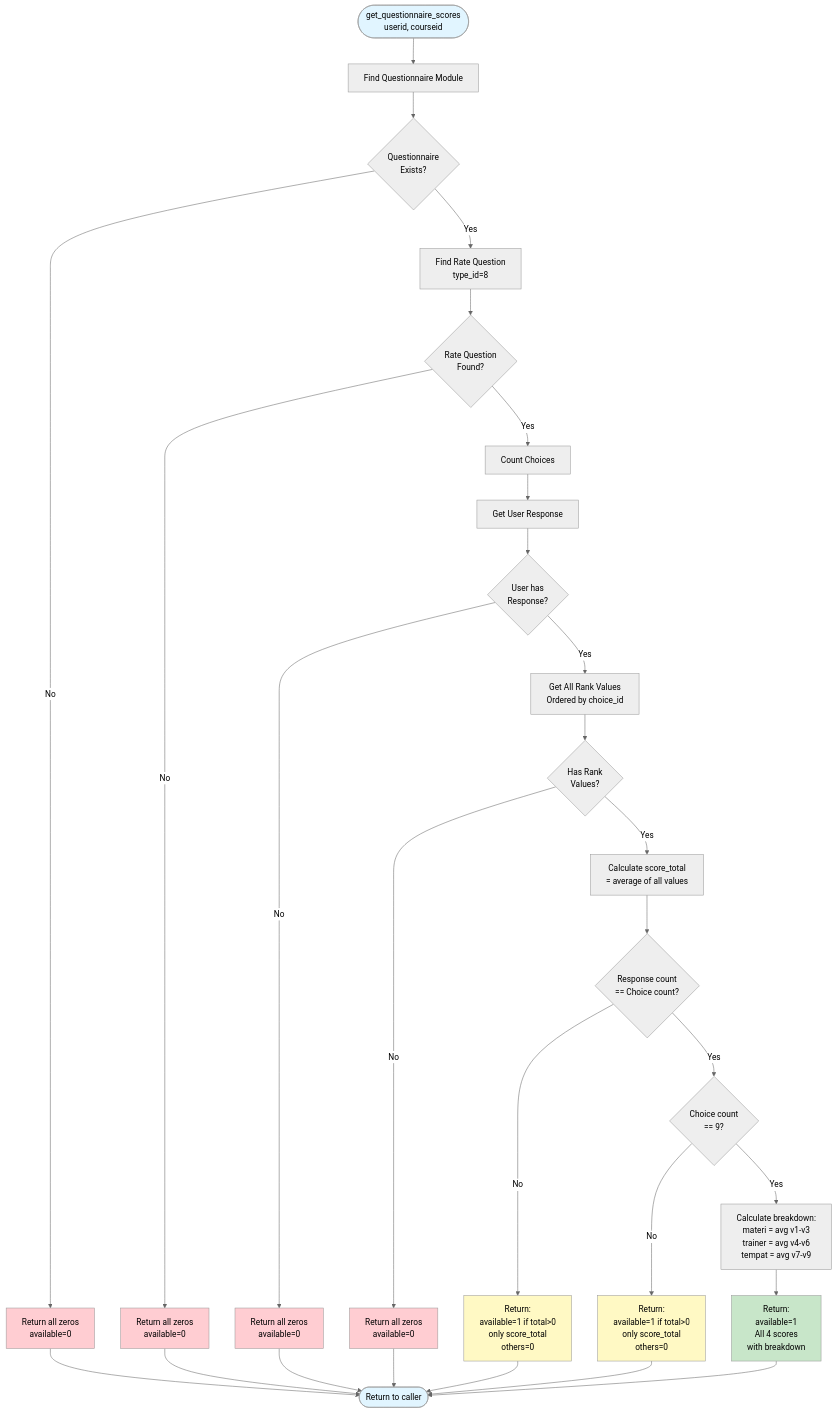
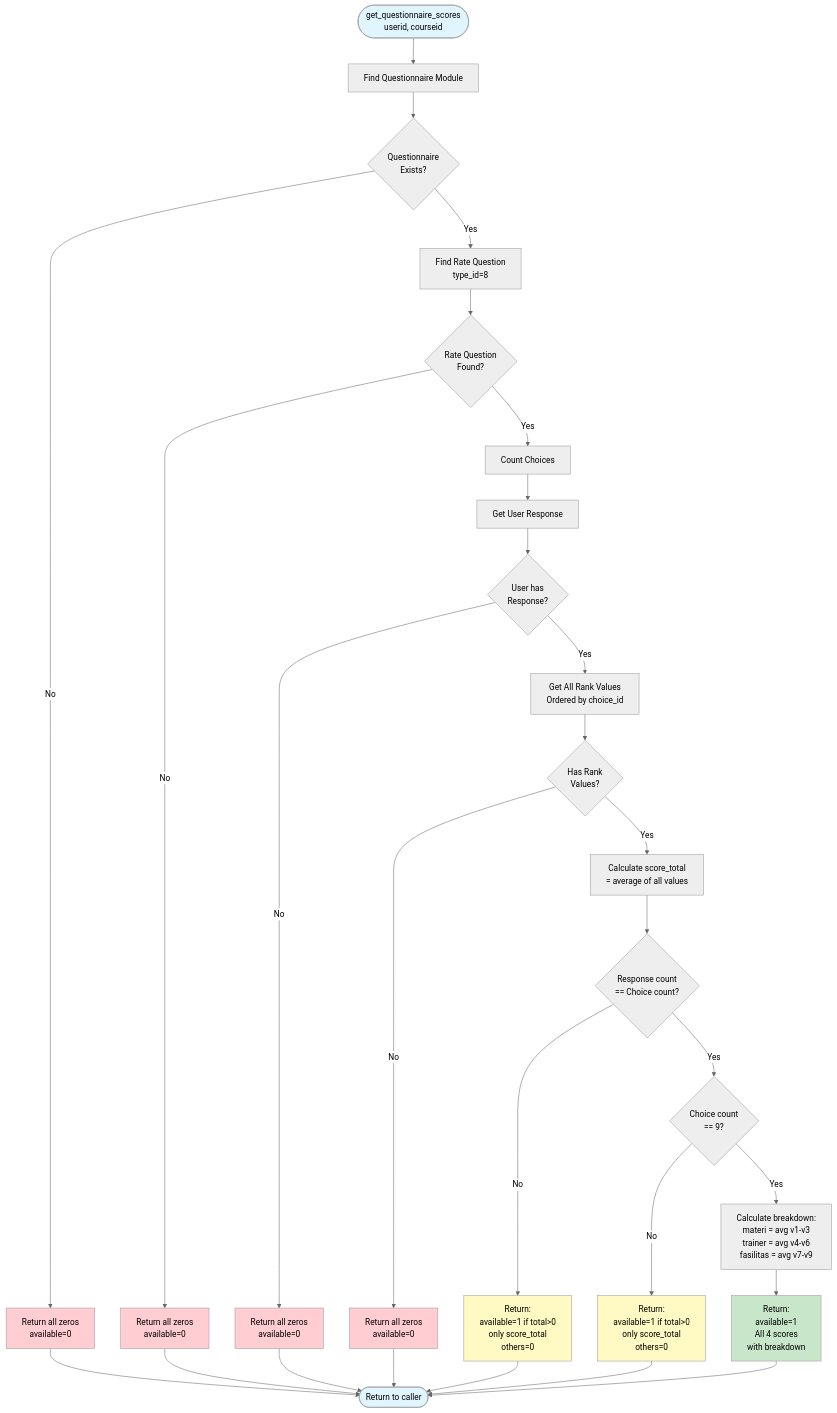
The tenth of 21 diagrams in DIAGRAMS.md (toosa/moodle-hrms), drawn with Mermaid (neutral theme) before and after one commit. The commit also changed other lines of this file and 1 other file, not shown here.

First line of the commit message:
Refactor and expand sequence diagrams in DIAGRAMS.md

````diff
--- a/DIAGRAMS.md
+++ b/DIAGRAMS.md
@@ -468,50 +475,50 @@
 ```mermaid
 flowchart TD
     Start([get_questionnaire_scores<br/>userid, courseid]) --> FindQ[Find Questionnaire Module]
     
     FindQ --> HasQ{Questionnaire<br/>Exists?}
     HasQ -->|No| ReturnZero1[Return all zeros<br/>available=0]
     HasQ -->|Yes| FindRate[Find Rate Question<br/>type_id=8]
     
     FindRate --> HasRate{Rate Question<br/>Found?}
     HasRate -->|No| ReturnZero2[Return all zeros<br/>available=0]
     HasRate -->|Yes| CountChoice[Count Choices]
     
     CountChoice --> GetResp[Get User Response]
     
     GetResp --> HasResp{User has<br/>Response?}
     HasResp -->|No| ReturnZero3[Return all zeros<br/>available=0]
     HasResp -->|Yes| GetRank[Get All Rank Values<br/>Ordered by choice_id]
     
     GetRank --> HasRank{Has Rank<br/>Values?}
     HasRank -->|No| ReturnZero4[Return all zeros<br/>available=0]
     HasRank -->|Yes| CalcTotal[Calculate score_total<br/>= average of all values]
     
     CalcTotal --> CheckMatch{Response count<br/>== Choice count?}
     CheckMatch -->|No| ReturnTotal1[Return:<br/>available=1 if total>0<br/>only score_total<br/>others=0]
     
     CheckMatch -->|Yes| Check9{Choice count<br/>== 9?}
     Check9 -->|No| ReturnTotal2[Return:<br/>available=1 if total>0<br/>only score_total<br/>others=0]
     
-    Check9 -->|Yes| CalcBreakdown[Calculate breakdown:<br/>materi = avg v1-v3<br/>trainer = avg v4-v6<br/>tempat = avg v7-v9]
+    Check9 -->|Yes| CalcBreakdown[Calculate breakdown:<br/>materi = avg v1-v3<br/>trainer = avg v4-v6<br/>fasilitas = avg v7-v9]
     
     CalcBreakdown --> ReturnAll[Return:<br/>available=1<br/>All 4 scores<br/>with breakdown]
     
     ReturnZero1 --> End([Return to caller])
     ReturnZero2 --> End
     ReturnZero3 --> End
     ReturnZero4 --> End
     ReturnTotal1 --> End
     ReturnTotal2 --> End
     ReturnAll --> End
     
     style Start fill:#e1f5ff
     style End fill:#e1f5ff
     style ReturnAll fill:#c8e6c9
     style ReturnTotal1 fill:#fff9c4
     style ReturnTotal2 fill:#fff9c4
     style ReturnZero1 fill:#ffcdd2
     style ReturnZero2 fill:#ffcdd2
     style ReturnZero3 fill:#ffcdd2
     style ReturnZero4 fill:#ffcdd2
 ```
````
